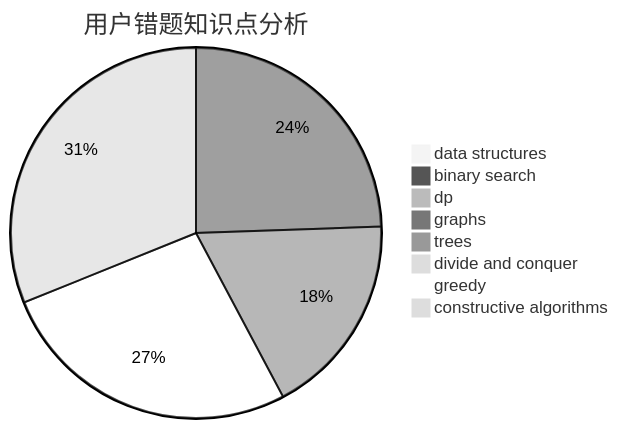
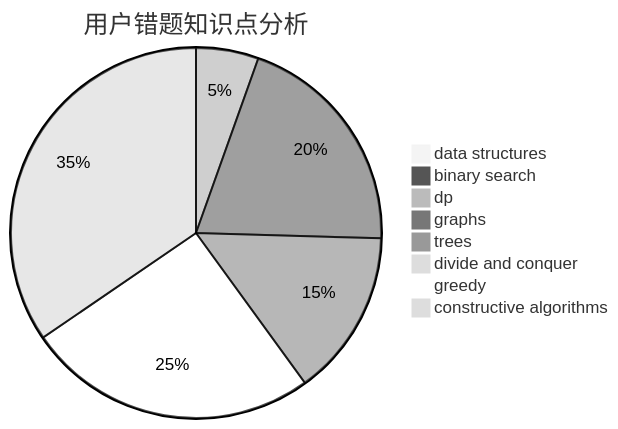
One commit to sherpahu/cfrs.github.io changed the third of 3 diagrams in docs/user/u2481.md. Above: the diagram before and after it, drawn with Mermaid (neutral theme). The commit also changed other lines of this file and 2770 other files, not shown here.

````diff
--- a/docs/user/u2481.md
+++ b/docs/user/u2481.md
@@ -36,11 +36,11 @@
 ```mermaid
 pie title 用户错题知识点分析
     "data structures" :  0
     "binary search" :  0
-    "dp" :  0
+    "dp" :  3
     "graphs" :  11
     "trees" :  8
     "divide and conquer" :  0
-    "greedy" :  12
-    "constructive algorithms" :  14
+    "greedy" :  14
+    "constructive algorithms" :  19
 ```
````
